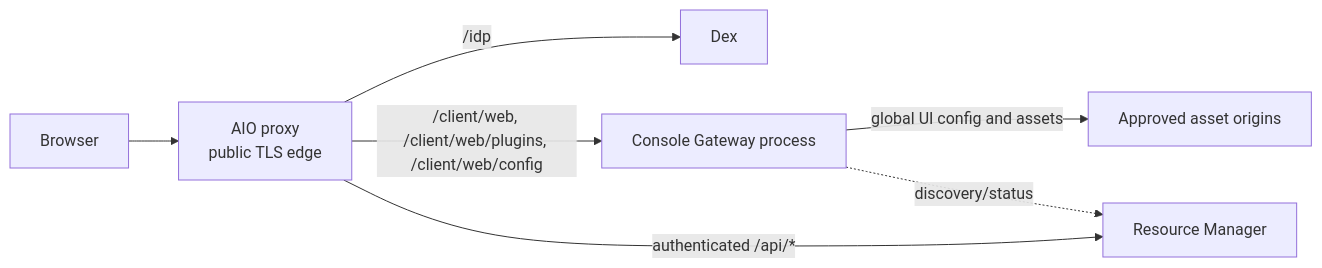
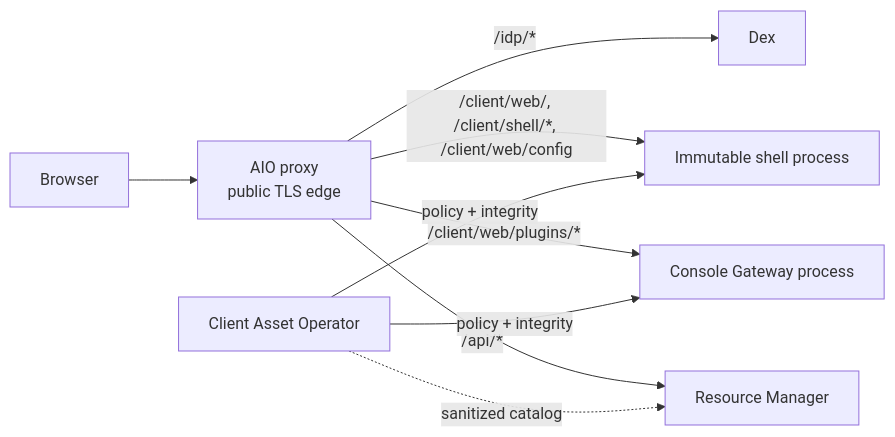
One commit to Hyperkid123/fleetshift-poc changed the third of 4 diagrams in docs/design/client-asset-separation.md. Above: the diagram before and after it, drawn with Mermaid. The commit also changed other lines of this file, not shown here.

Commit message:
docs: refine client asset separation design

````diff
--- a/docs/design/client-asset-separation.md
+++ b/docs/design/client-asset-separation.md
@@ -467,9 +227,11 @@
 ```mermaid
 flowchart LR
-    Browser[Browser] --> AIO[AIO proxy<br/>public TLS edge]
-    AIO -->|/idp| Dex[Dex]
-    AIO -->|/client/web, /client/web/plugins, /client/web/config| Gateway[Console Gateway process]
-    AIO -->|authenticated /api/*| RM[Resource Manager]
-    Gateway -->|global UI config and assets| Origins[Approved asset origins]
-    Gateway -. discovery/status .-> RM
+    Browser --> AIO[AIO proxy<br/>public TLS edge]
+    AIO -->|/idp/*| Dex[Dex]
+    AIO -->|/client/web/, /client/shell/*, /client/web/config| Shell[Immutable shell process]
+    AIO -->|/client/web/plugins/*| Gateway[Console Gateway process]
+    AIO -->|/api/*| RM[Resource Manager]
+    Operator[Client Asset Operator] -->|policy + integrity| Shell
+    Operator -->|policy + integrity| Gateway
+    Operator -. sanitized catalog .-> RM
 ```
````
